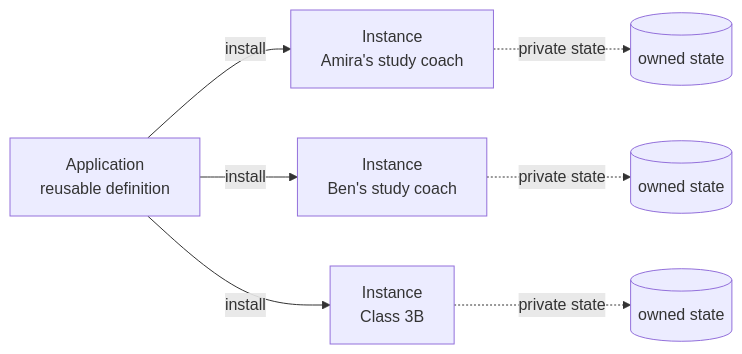
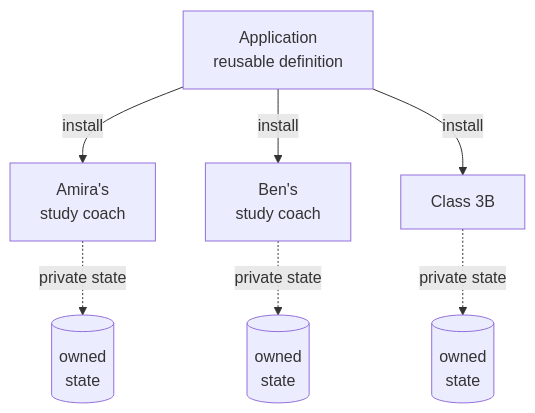
The diagram in assets/diagrams/src/paper/stateware-whitepaper-candidate-v1-2-02.mmd (lennertvhoy/StatePort-Site), drawn with Mermaid before and after one commit. The commit also changed 15 other files, not shown here.

First line of the commit message:
papers: phone-readable static diagrams for the earlier 1.2 draft; keep Publication note label

```diff
--- a/assets/diagrams/src/paper/stateware-whitepaper-candidate-v1-2-02.mmd
+++ b/assets/diagrams/src/paper/stateware-whitepaper-candidate-v1-2-02.mmd
@@ -1,7 +1,10 @@
-flowchart LR
-    APP[Application<br/>reusable definition] -->|install| I1[Instance<br/>Amira's study coach]
-    APP -->|install| I2[Instance<br/>Ben's study coach]
-    APP -->|install| I3[Instance<br/>Class 3B]
-    I1 -.->|private state| S1[(owned state)]
-    I2 -.->|private state| S2[(owned state)]
-    I3 -.->|private state| S3[(owned state)]
+flowchart TB
+    accTitle: One reusable application, many separately owned instances
+    accDescr: One reusable application definition is installed as three instances, Amira's study coach, Ben's study coach, and Class 3B. Each instance keeps its own private, owned state.
+    APP["Application<br/>reusable definition"]
+    APP -->|"install"| I1["Amira's<br/>study coach"]
+    APP -->|"install"| I2["Ben's<br/>study coach"]
+    APP -->|"install"| I3["Class 3B"]
+    I1 -.->|"private state"| S1[("owned<br/>state")]
+    I2 -.->|"private state"| S2[("owned<br/>state")]
+    I3 -.->|"private state"| S3[("owned<br/>state")]
```
